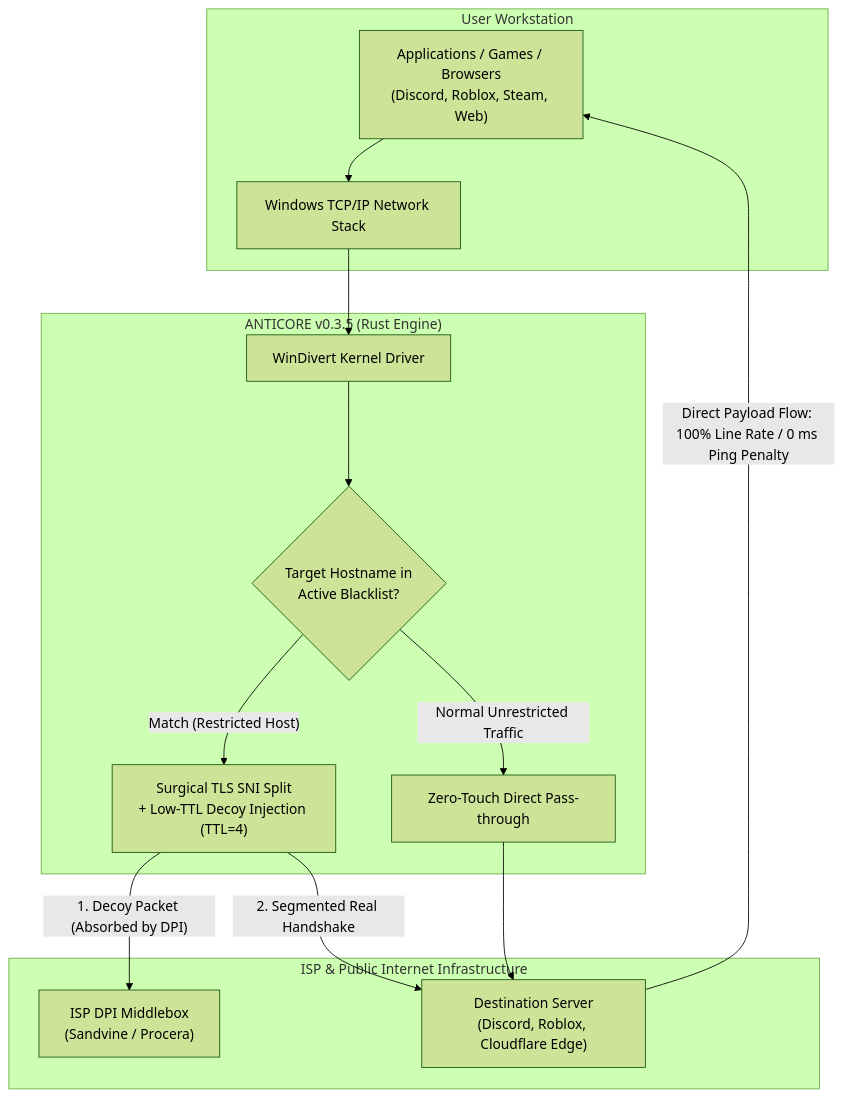
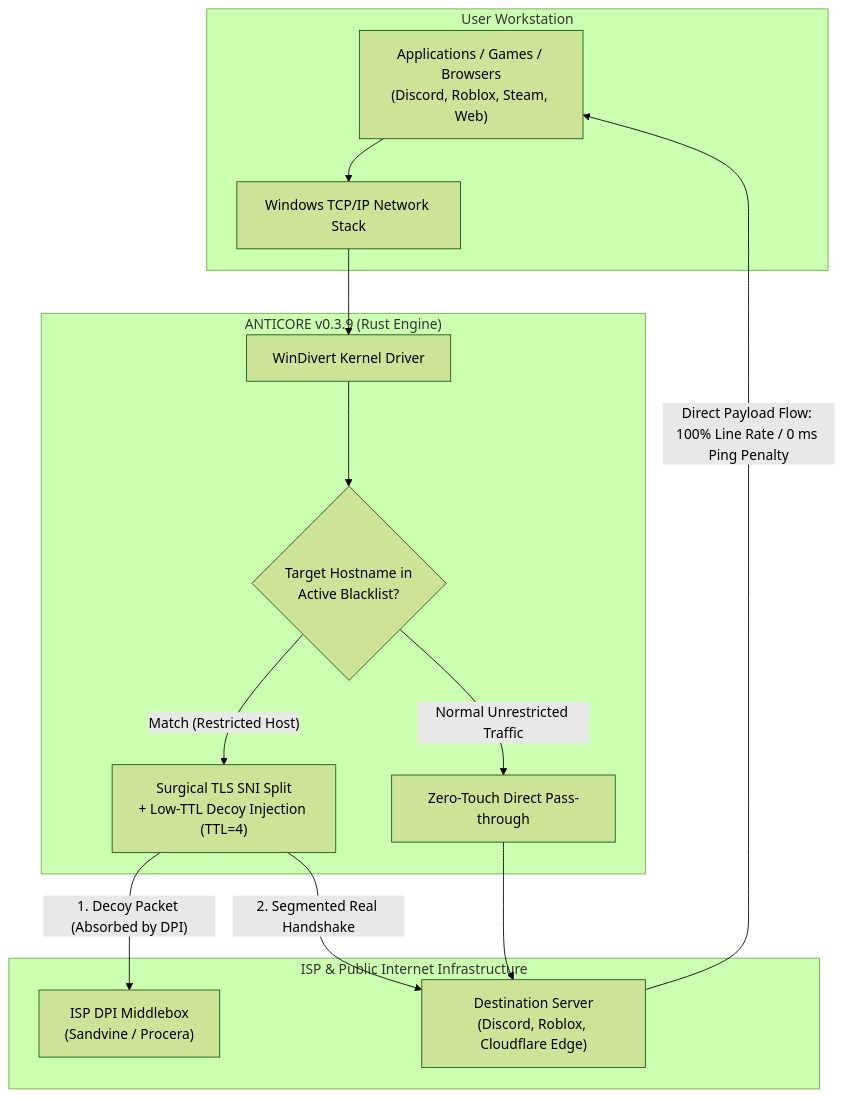
One commit to MonarchDevLab/Anticore changed the diagram in README.en.md. Above: the diagram before and after it, drawn with Mermaid (forest theme). The commit also changed other lines of this file and 5 other files, not shown here.

````diff
--- a/README.en.md
+++ b/README.en.md
@@ -535,29 +535,29 @@
 ```mermaid
 flowchart TD
     subgraph Client["User Workstation"]
         App["Applications / Games / Browsers\n(Discord, Roblox, Steam, Web)"]
         TCPIP["Windows TCP/IP Network Stack"]
     end
 
-    subgraph AnticoreEngine["ANTICORE v0.3.5 (Rust Engine)"]
+    subgraph AnticoreEngine["ANTICORE v0.3.9 (Rust Engine)"]
         WD["WinDivert Kernel Driver"]
         Check{"Target Hostname in\nActive Blacklist?"}
         Manip["Surgical TLS SNI Split\n+ Low-TTL Decoy Injection (TTL=4)"]
         Bypass["Zero-Touch Direct Pass-through"]
     end
 
     subgraph Net["ISP & Public Internet Infrastructure"]
         ISP["ISP DPI Middlebox\n(Sandvine / Procera)"]
         Target["Destination Server\n(Discord, Roblox, Cloudflare Edge)"]
     end
 
     App --> TCPIP
     TCPIP --> WD
     WD --> Check
     Check -- "Match (Restricted Host)" --> Manip
     Check -- "Normal Unrestricted Traffic" --> Bypass
     Manip -- "1. Decoy Packet (Absorbed by DPI)" --> ISP
     Manip -- "2. Segmented Real Handshake" --> Target
     Bypass --> Target
     Target -->|"Direct Payload Flow: 100% Line Rate / 0 ms Ping Penalty"| App
 ```
````
